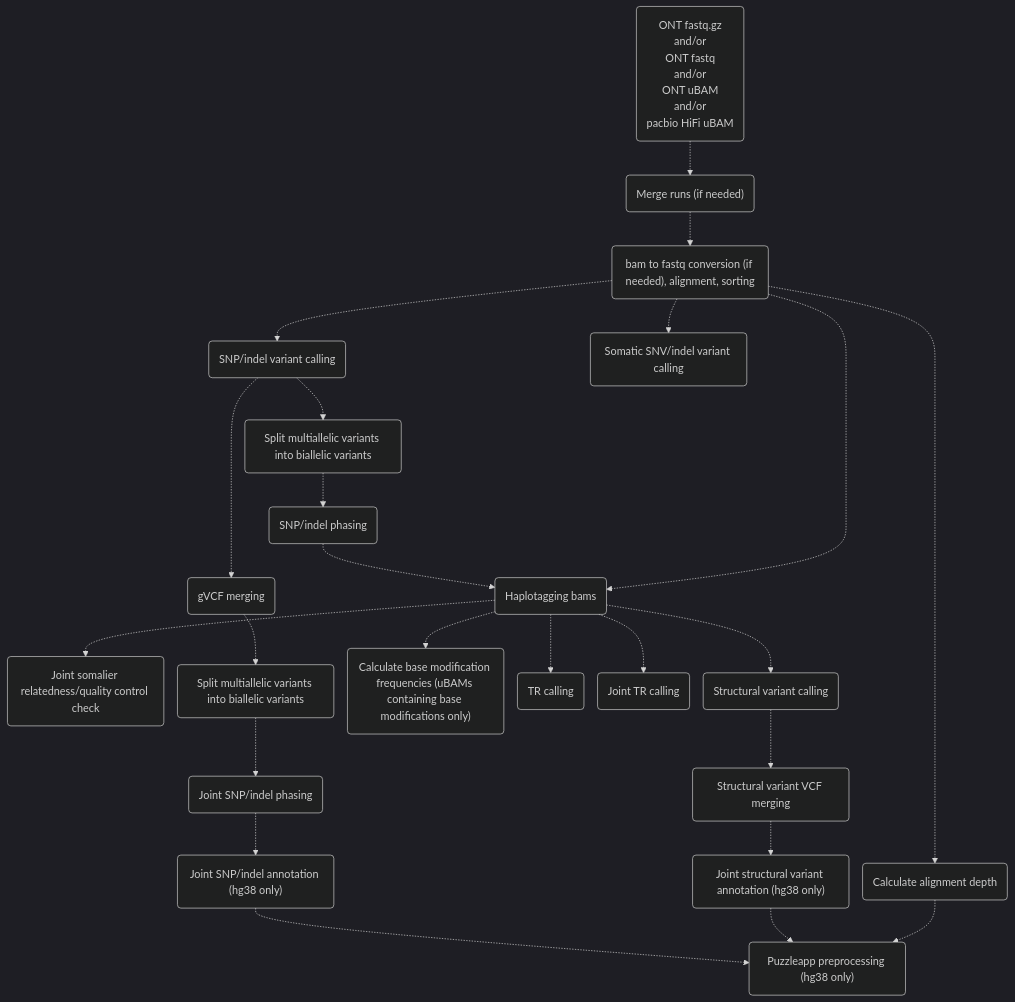
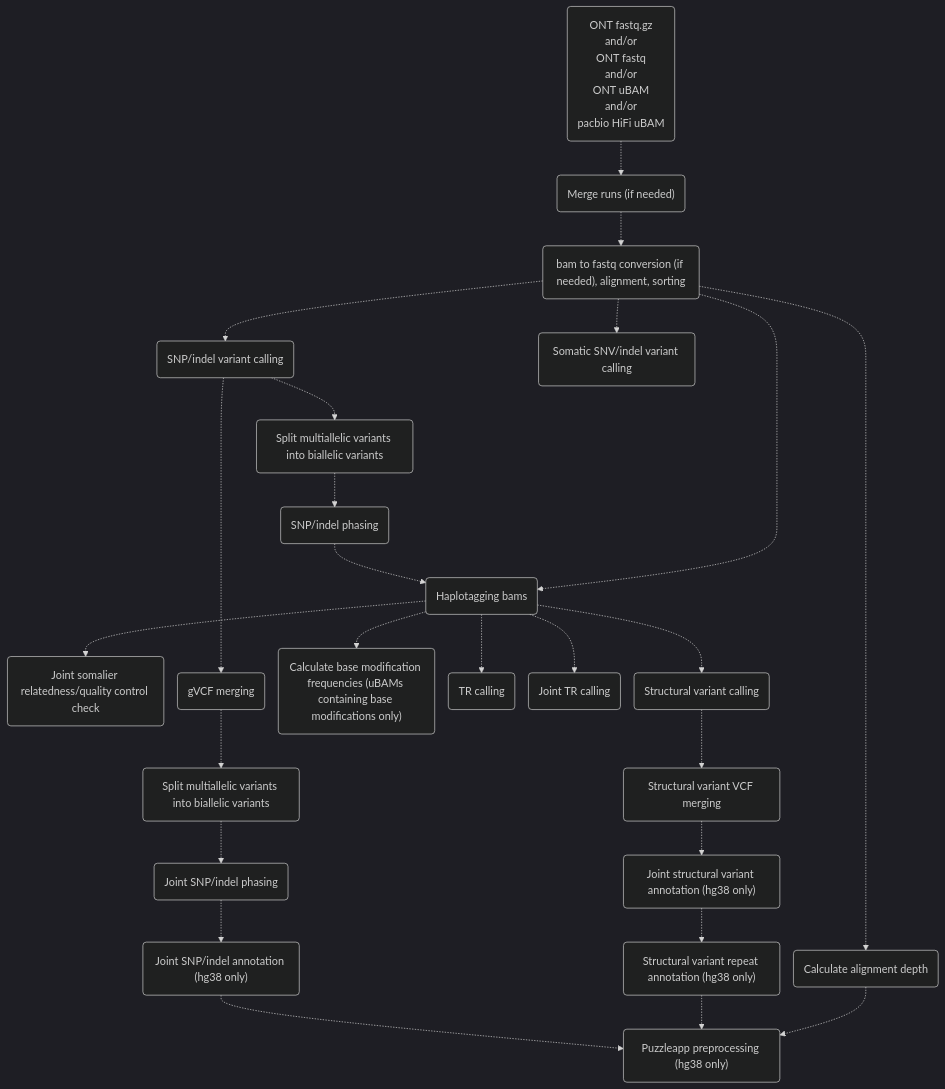
One commit to leahkemp/pipeface changed the second of 3 diagrams in docs/pipeface/info.md. Above: the diagram before and after it, drawn with Mermaid. The commit also changed other lines of this file and 11 other files, not shown here.

````diff
--- a/docs/pipeface/info.md
+++ b/docs/pipeface/info.md
@@ -43,39 +44,40 @@
 ```mermaid
 %%{init:{'theme':'dark','themeVariables':{'fontSize':'11'},'flowchart':{'nodeSpacing':20}}}%%
 flowchart TB
 
 input_data("ONT fastq.gz <br> and/or <br> ONT fastq <br> and/or <br> ONT uBAM <br> and/or <br> pacbio HiFi uBAM")
 merging("Merge runs (if needed)")
 alignment("bam to fastq conversion (if needed), alignment, sorting")
 depth("Calculate alignment depth")
 snp_indel_calling("SNP/indel variant calling")
 somatic_calling("Somatic SNV/indel variant calling")
 split_multiallele("Split multiallelic variants into biallelic variants")
 snp_indel_phasing("SNP/indel phasing")
 joint_somalier("Joint somalier relatedness/quality control check")
 gvcf_merging("gVCF merging")
 joint_split_multiallele("Split multiallelic variants into biallelic variants")
 joint_snp_indel_phasing("Joint SNP/indel phasing")
 joint_snp_indel_annotation("Joint SNP/indel annotation (hg38 only)")
 haplotagging("Haplotagging bams")
 calculate_base_mod_freqs("Calculate base modification frequencies (uBAMs containing base modifications only)")
 tr_calling("TR calling")
 joint_tr_calling("Joint TR calling")
 sv_calling("Structural variant calling")
 sv_vcf_merging("Structural variant VCF merging")
 joint_sv_annotation("Joint structural variant annotation (hg38 only)")
+sv_repeat_annotation("Structural variant repeat annotation (hg38 only)")
 puzzleapp_preprocessing("Puzzleapp preprocessing (hg38 only)")
 
 input_data-.->merging-.->alignment-.->snp_indel_calling-.->split_multiallele-.->snp_indel_phasing-.->haplotagging-.->sv_calling
 alignment-.->depth
 alignment-.->somatic_calling
 alignment-.->haplotagging
 haplotagging-.->calculate_base_mod_freqs
 haplotagging-.->tr_calling
 haplotagging-.->joint_tr_calling
 haplotagging-.->joint_somalier
 snp_indel_calling-.->gvcf_merging-.->joint_split_multiallele-.->joint_snp_indel_phasing-.->joint_snp_indel_annotation-.->puzzleapp_preprocessing
-sv_calling-.->sv_vcf_merging-.->joint_sv_annotation-.->puzzleapp_preprocessing
+sv_calling-.->sv_vcf_merging-.->joint_sv_annotation-.->sv_repeat_annotation-.->puzzleapp_preprocessing
 depth-.->puzzleapp_preprocessing
 
 ```
````
